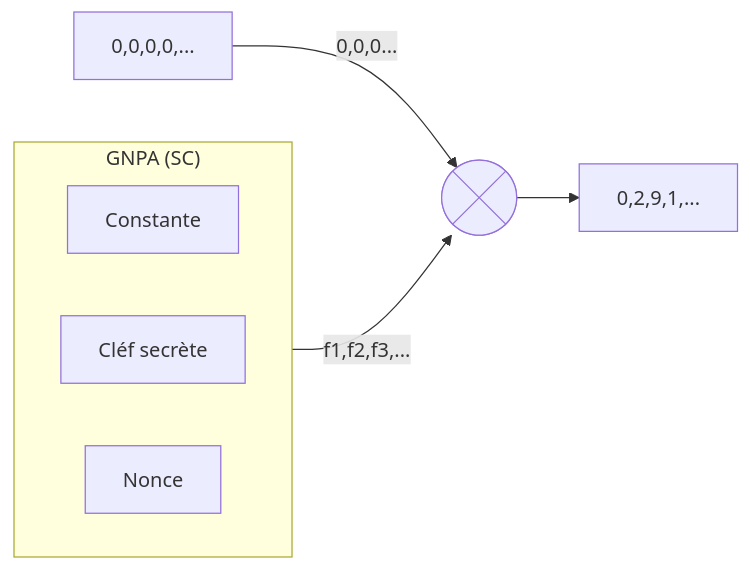
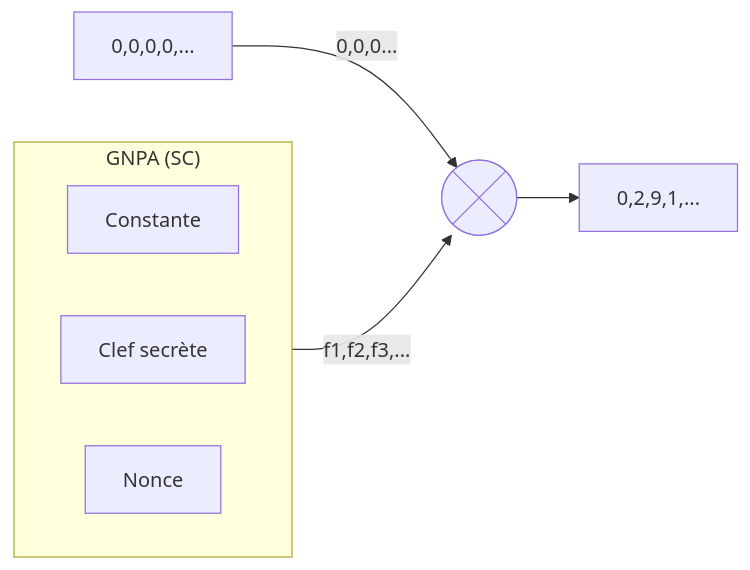
The diagram in Readme.md (WhiteBowlerHat/FOG-Project_C), drawn with Mermaid before and after one commit. The commit also changed other lines of this file and 1 other file, not shown here.

````diff
--- a/Readme.md
+++ b/Readme.md
@@ -5,15 +29,15 @@
 ```mermaid
 flowchart LR;
  subgraph s1["GNPA (SC)"];
     direction LR;
         n3["Constante"];
-        n1["Cléf secrète"];
+        n1["Clef secrète"];
         n2["Nonce"];
   end
     A["0,0,0,0,..."] --0,0,0...--> n4;
     s1 --f1,f2,f3,...--> n4;
     n4 --> B["0,2,9,1,..."];
     n4["Summary"];
     n4@{ shape: summary};
 
 ```
````
